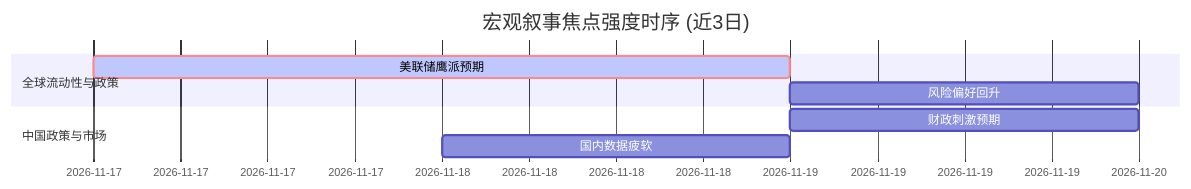
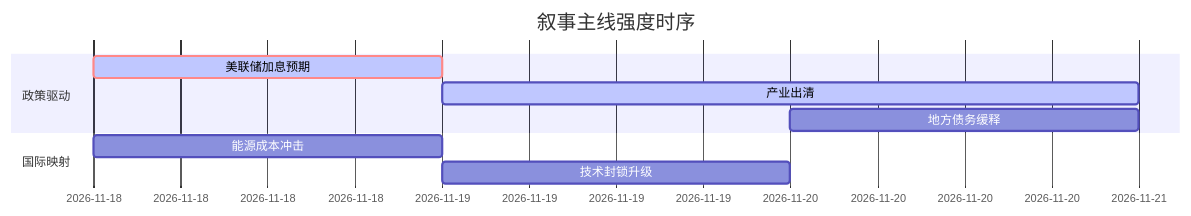
One commit to uu5zn/uu5zn.github.io changed the diagram in 5day_report.md. Above: the diagram before and after it, drawn with Mermaid. The commit also changed other lines of this file and 23 other files, not shown here.

````diff
--- a/5day_report.md
+++ b/5day_report.md
@@ -60,12 +58,13 @@
 ```mermaid
 gantt
-    title 宏观叙事焦点强度时序 (近3日)
+    title 叙事主线强度时序
     dateFormat  YYYY-MM-DD
-    section 全球流动性与政策
-    美联储鹰派预期   :crit, active, 2026-11-17, 2d
-    风险偏好回升   :2026-11-19, 1d
+    section 政策驱动
+    美联储加息预期   :crit, active, 2026-11-18, 1d
+    产业出清         :active, 2026-11-19, 2d
+    地方债务缓释     :2026-11-20, 1d
     
-    section 中国政策与市场
-    财政刺激预期   :2026-11-19, 1d
-    国内数据疲软   :2026-11-18, 1d
+    section 国际映射
+    能源成本冲击     :2026-11-18, 1d
+    技术封锁升级     :2026-11-19, 1d
 ```
````
